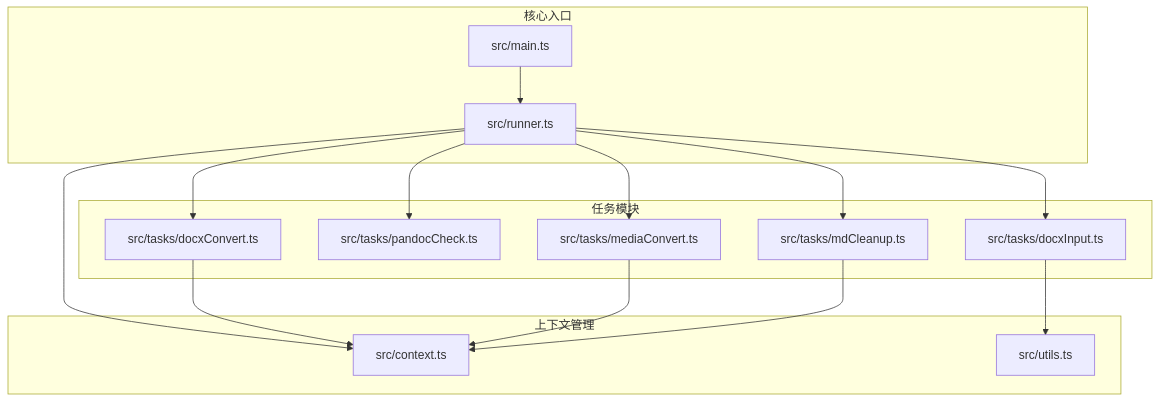
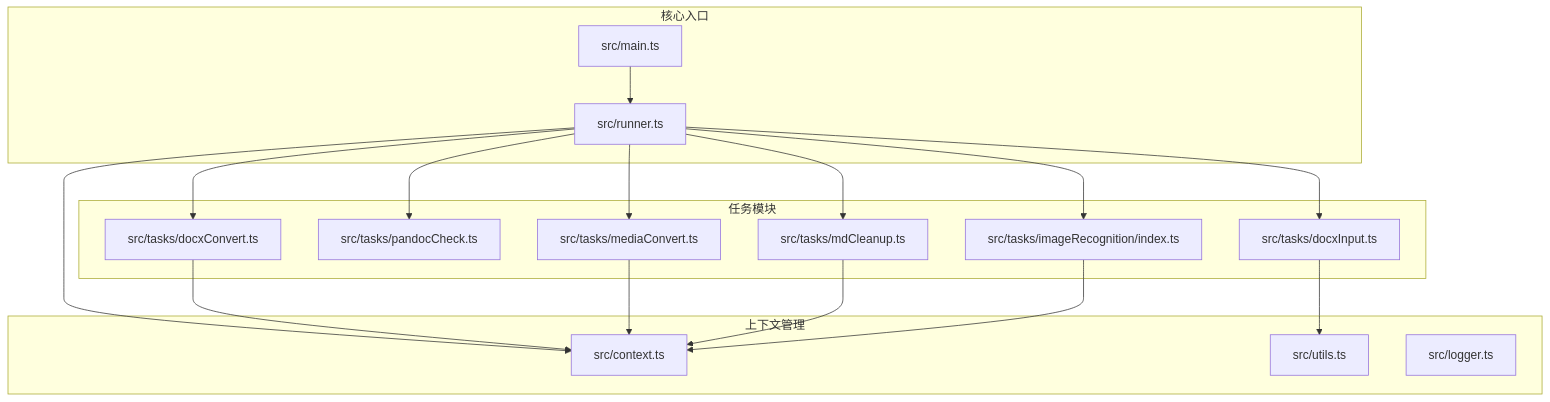
Before and after one commit to hllshiro/doc2md-cli: the first of 11 diagrams in .qoder/repowiki/zh/content/核心架构设计/上下文管理系统.md, drawn with Mermaid. The commit also changed other lines of this file and 3 other files, not shown here.

````diff
--- a/.qoder/repowiki/zh/content/核心架构设计/上下文管理系统.md
+++ b/.qoder/repowiki/zh/content/核心架构设计/上下文管理系统.md
@@ -42,29 +56,33 @@
 ```mermaid
 graph TB
 subgraph "核心入口"
 MAIN[src/main.ts]
 RUNNER[src/runner.ts]
 end
 subgraph "上下文管理"
 CONTEXT[src/context.ts]
 UTILS[src/utils.ts]
+LOGGER[src/logger.ts]
 end
 subgraph "任务模块"
 DOCX_INPUT[src/tasks/docxInput.ts]
 PANDOC_CHECK[src/tasks/pandocCheck.ts]
 DOCX_CONVERT[src/tasks/docxConvert.ts]
 MEDIA_CONVERT[src/tasks/mediaConvert.ts]
 MD_CLEANUP[src/tasks/mdCleanup.ts]
+IMAGE_RECOGNITION[src/tasks/imageRecognition/index.ts]
 end
 MAIN --> RUNNER
 RUNNER --> CONTEXT
 RUNNER --> DOCX_INPUT
 RUNNER --> PANDOC_CHECK
 RUNNER --> DOCX_CONVERT
 RUNNER --> MEDIA_CONVERT
 RUNNER --> MD_CLEANUP
+RUNNER --> IMAGE_RECOGNITION
 DOCX_INPUT --> UTILS
 DOCX_CONVERT --> CONTEXT
 MEDIA_CONVERT --> CONTEXT
 MD_CLEANUP --> CONTEXT
+IMAGE_RECOGNITION --> CONTEXT
 ```
````
